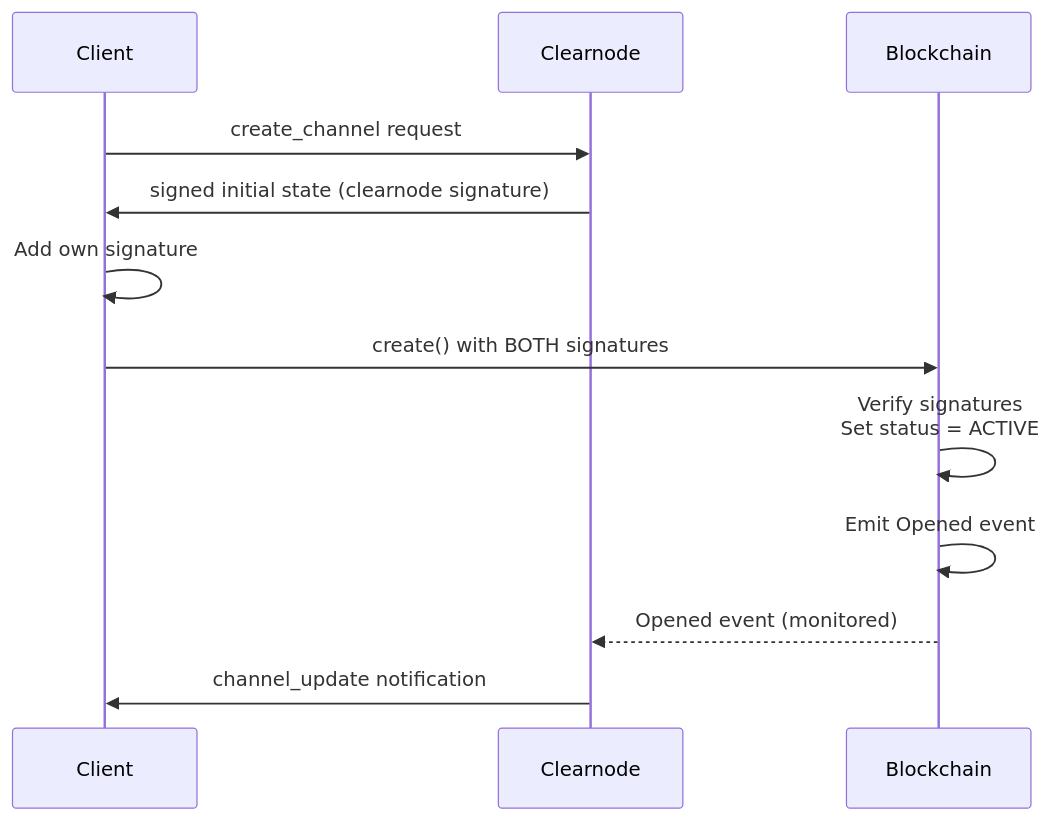
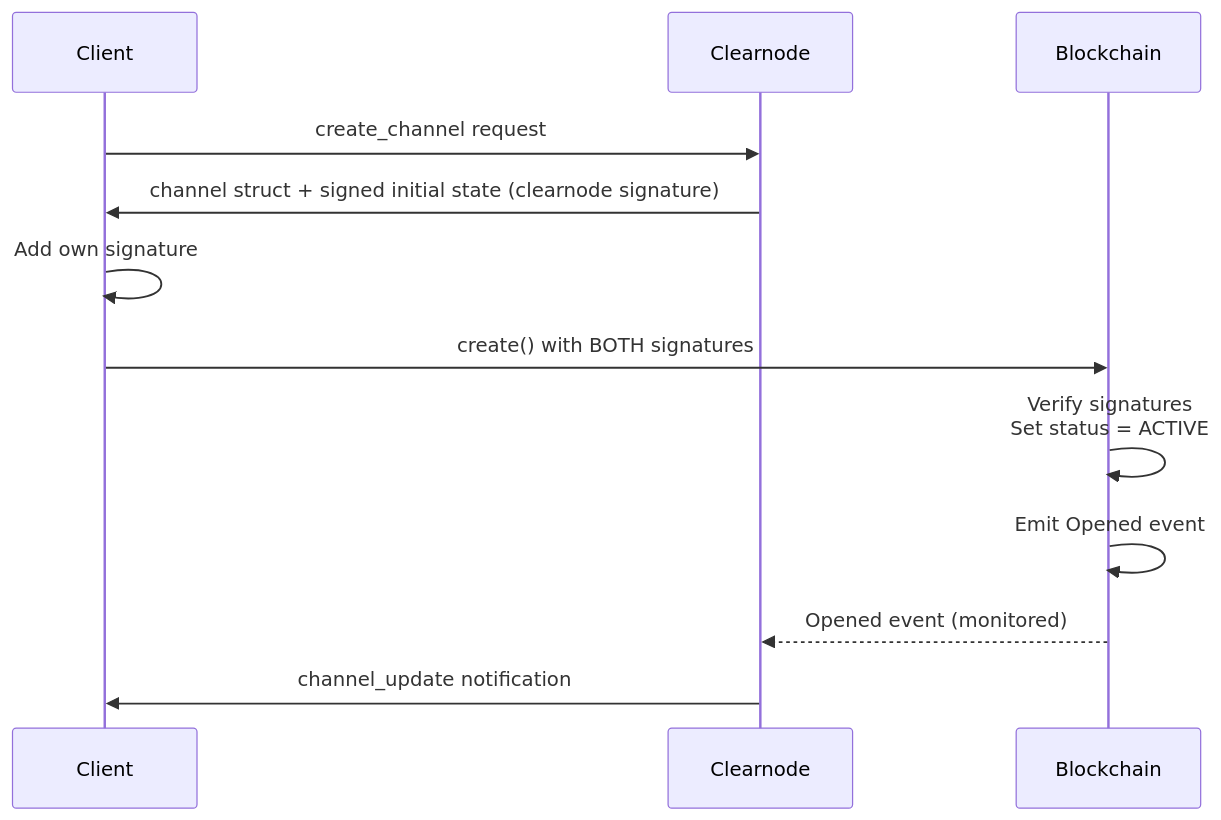
One commit to layer-3/docs changed the second of 4 diagrams in docs/protocol/architecture.mdx. Above: the diagram before and after it, drawn with Mermaid. The commit also changed other lines of this file and 5 other files, not shown here.

````diff
--- a/docs/protocol/architecture.mdx
+++ b/docs/protocol/architecture.mdx
@@ -72,15 +75,15 @@
 ```mermaid
 sequenceDiagram
     participant Client
     participant Clearnode
     participant Blockchain
     
     Client->>Clearnode: create_channel request
-    Clearnode->>Client: signed initial state (clearnode signature)
+    Clearnode->>Client: channel struct + signed initial state (clearnode signature)
     Client->>Client: Add own signature
     Client->>Blockchain: create() with BOTH signatures
     Blockchain->>Blockchain: Verify signatures<br/>Set status = ACTIVE
     Blockchain->>Blockchain: Emit Opened event
     Blockchain-->>Clearnode: Opened event (monitored)
     Clearnode->>Client: channel_update notification
 ```
````
